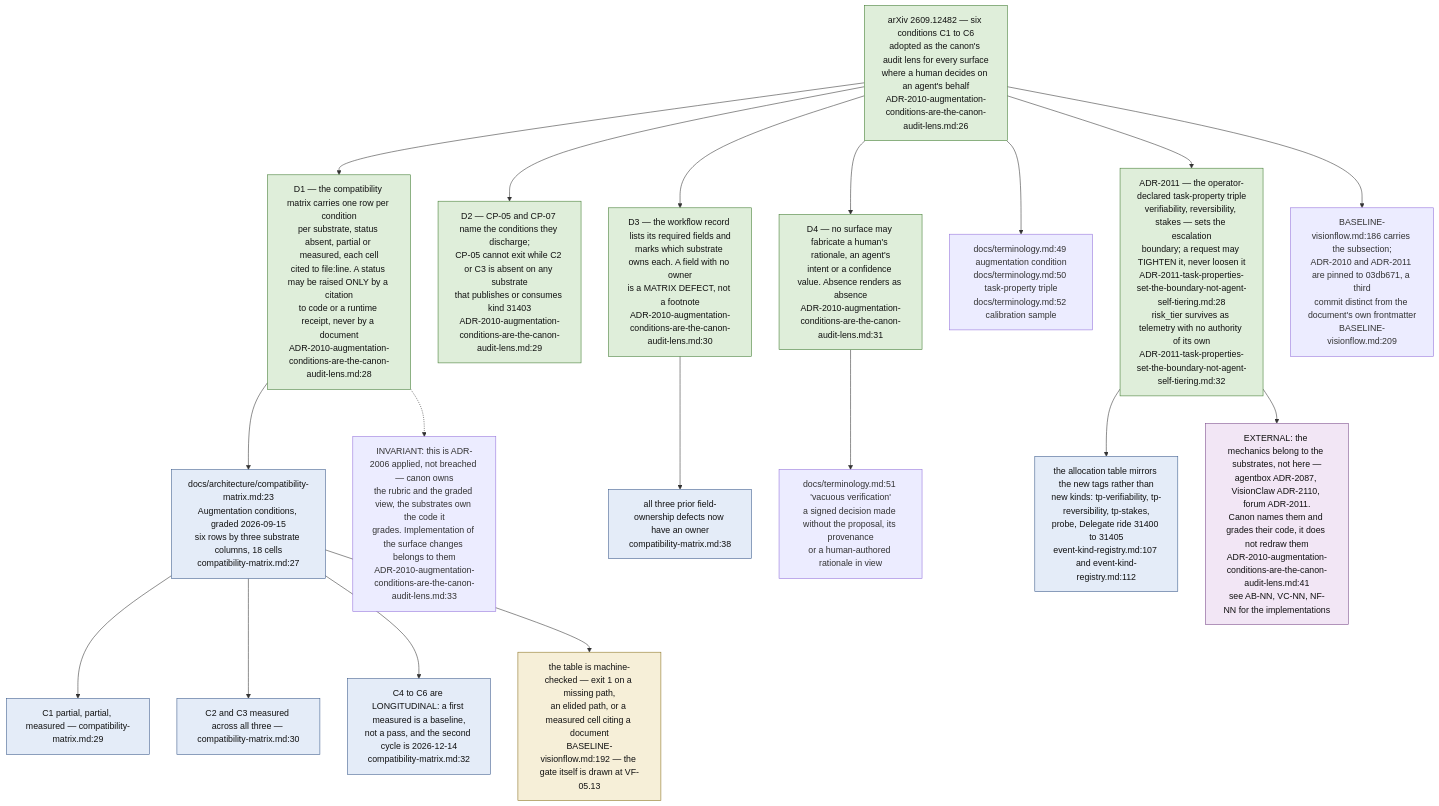
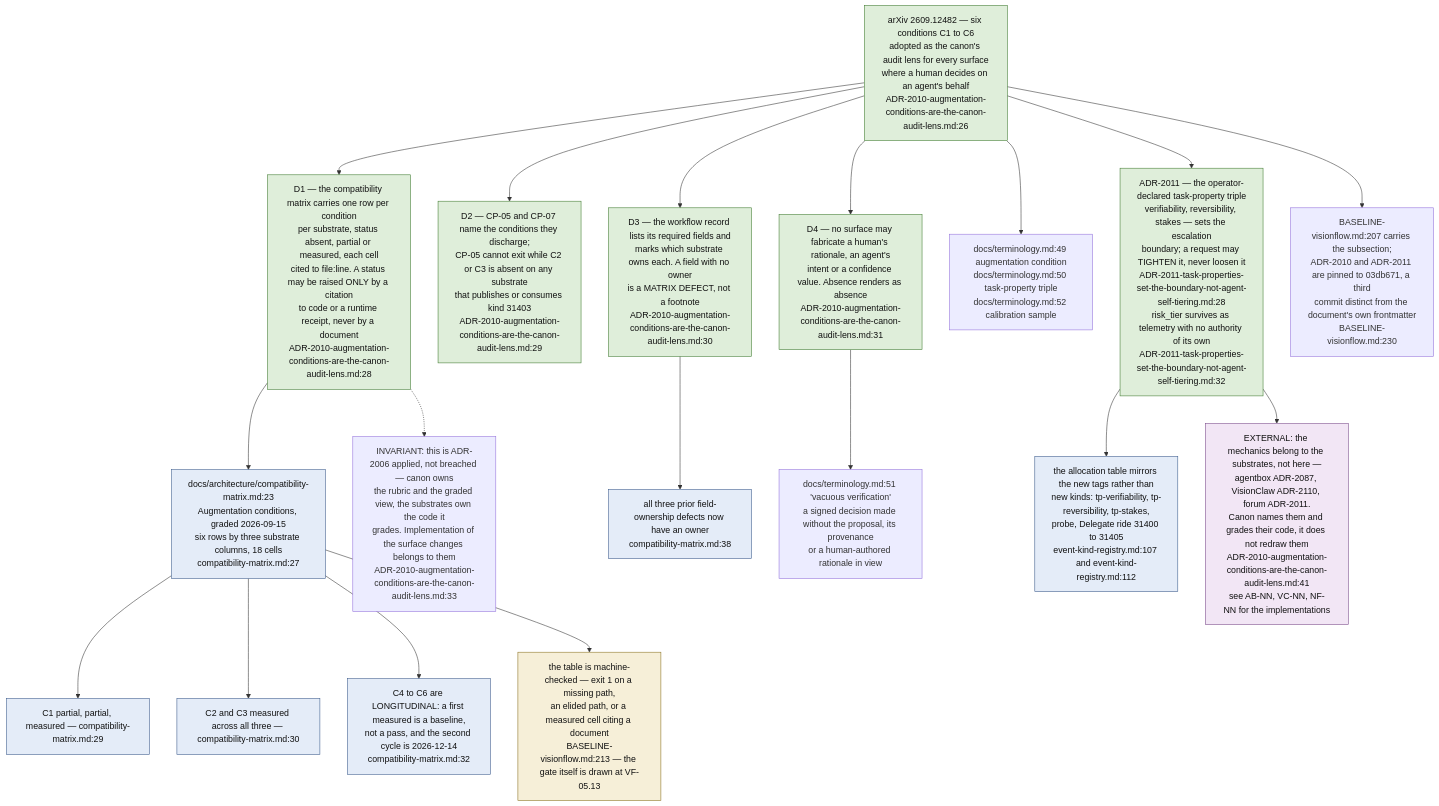
Before and after one commit to DreamLab-AI/VisionFlow: the ninth of 11 diagrams in docs/diagrams/visionflow/01-repo-composition-and-canon.md, drawn with Mermaid. The commit also changed other lines of this file and 80 other files, not shown here.

First line of the commit message:
docs(diagrams): re-verify the agentbox, dreamlab, estate and visionflow corpus against current sources

````diff
--- a/docs/diagrams/visionflow/01-repo-composition-and-canon.md
+++ b/docs/diagrams/visionflow/01-repo-composition-and-canon.md
@@ -339,38 +339,38 @@
 ```mermaid
 flowchart TB
     classDef rec fill:#dfeeda,stroke:#3f7a2f,color:#111
     classDef tbl fill:#e4ecf8,stroke:#3a5a8a,color:#111
     classDef gate fill:#f6efd8,stroke:#8a7020,color:#111
     classDef ext fill:#f2e6f5,stroke:#7a4a8a,color:#111
 
     SRC["arXiv 2609.12482 — six conditions C1 to C6<br/>adopted as the canon's audit lens for every surface<br/>where a human decides on an agent's behalf<br/>ADR-2010-augmentation-conditions-are-the-canon-audit-lens.md:26"]:::rec
 
     SRC --> D1["D1 — the compatibility matrix carries one row per condition<br/>per substrate, status absent, partial or measured, each cell<br/>cited to file:line. A status may be raised ONLY by a citation<br/>to code or a runtime receipt, never by a document<br/>ADR-2010-augmentation-conditions-are-the-canon-audit-lens.md:28"]:::rec
     SRC --> D2["D2 — CP-05 and CP-07 name the conditions they discharge;<br/>CP-05 cannot exit while C2 or C3 is absent on any substrate<br/>that publishes or consumes kind 31403<br/>ADR-2010-augmentation-conditions-are-the-canon-audit-lens.md:29"]:::rec
     SRC --> D3["D3 — the workflow record lists its required fields and<br/>marks which substrate owns each. A field with no owner<br/>is a MATRIX DEFECT, not a footnote<br/>ADR-2010-augmentation-conditions-are-the-canon-audit-lens.md:30"]:::rec
     SRC --> D4["D4 — no surface may fabricate a human's rationale, an agent's<br/>intent or a confidence value. Absence renders as absence<br/>ADR-2010-augmentation-conditions-are-the-canon-audit-lens.md:31"]:::rec
 
     D1 --> TBL["docs/architecture/compatibility-matrix.md:23<br/>Augmentation conditions, graded 2026-09-15<br/>six rows by three substrate columns, 18 cells<br/>compatibility-matrix.md:27"]:::tbl
     TBL --> R1["C1 partial, partial, measured — compatibility-matrix.md:29"]:::tbl
     TBL --> R2["C2 and C3 measured across all three — compatibility-matrix.md:30"]:::tbl
     TBL --> R3["C4 to C6 are LONGITUDINAL: a first measured is a baseline,<br/>not a pass, and the second cycle is 2026-12-14<br/>compatibility-matrix.md:32"]:::tbl
     D3 --> OWN["all three prior field-ownership defects now have an owner<br/>compatibility-matrix.md:38"]:::tbl
 
-    TBL --> GATE["the table is machine-checked — exit 1 on a missing path,<br/>an elided path, or a measured cell citing a document<br/>BASELINE-visionflow.md:192 — the gate itself is drawn at VF-05.13"]:::gate
+    TBL --> GATE["the table is machine-checked — exit 1 on a missing path,<br/>an elided path, or a measured cell citing a document<br/>BASELINE-visionflow.md:213 — the gate itself is drawn at VF-05.13"]:::gate
 
     D4 --> VOCAB["docs/terminology.md:51 'vacuous verification'<br/>a signed decision made without the proposal, its provenance<br/>or a human-authored rationale in view"]
     SRC --> VOCAB2["docs/terminology.md:49 augmentation condition<br/>docs/terminology.md:50 task-property triple<br/>docs/terminology.md:52 calibration sample"]
 
     TIER["ADR-2011 — the operator-declared task-property triple<br/>verifiability, reversibility, stakes — sets the escalation<br/>boundary; a request may TIGHTEN it, never loosen it<br/>ADR-2011-task-properties-set-the-boundary-not-agent-self-tiering.md:28<br/>risk_tier survives as telemetry with no authority of its own<br/>ADR-2011-task-properties-set-the-boundary-not-agent-self-tiering.md:32"]:::rec
     SRC --> TIER
     TIER --> KINDS["the allocation table mirrors the new tags rather than<br/>new kinds: tp-verifiability, tp-reversibility, tp-stakes,<br/>probe, Delegate ride 31400 to 31405<br/>event-kind-registry.md:107 and event-kind-registry.md:112"]:::tbl
 
-    BASE["BASELINE-visionflow.md:186 carries the subsection;<br/>ADR-2010 and ADR-2011 are pinned to 03db671, a third<br/>commit distinct from the document's own frontmatter<br/>BASELINE-visionflow.md:209"]
+    BASE["BASELINE-visionflow.md:207 carries the subsection;<br/>ADR-2010 and ADR-2011 are pinned to 03db671, a third<br/>commit distinct from the document's own frontmatter<br/>BASELINE-visionflow.md:230"]
     SRC --> BASE
 
     SIB["EXTERNAL: the mechanics belong to the substrates, not here —<br/>agentbox ADR-2087, VisionClaw ADR-2110, forum ADR-2011.<br/>Canon names them and grades their code, it does not redraw them<br/>ADR-2010-augmentation-conditions-are-the-canon-audit-lens.md:41<br/>see AB-NN, VC-NN, NF-NN for the implementations"]:::ext
     TIER --> SIB
 
     SCOPE["INVARIANT: this is ADR-2006 applied, not breached — canon owns<br/>the rubric and the graded view, the substrates own the code it<br/>grades. Implementation of the surface changes belongs to them<br/>ADR-2010-augmentation-conditions-are-the-canon-audit-lens.md:33"]
     D1 -.-> SCOPE
 ```
````
